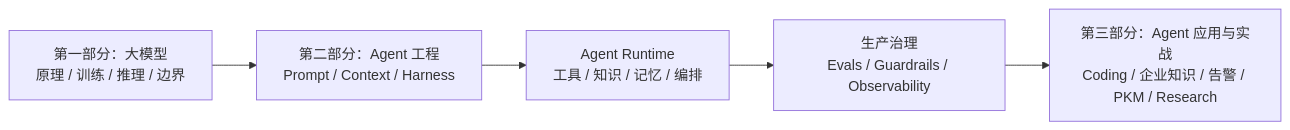
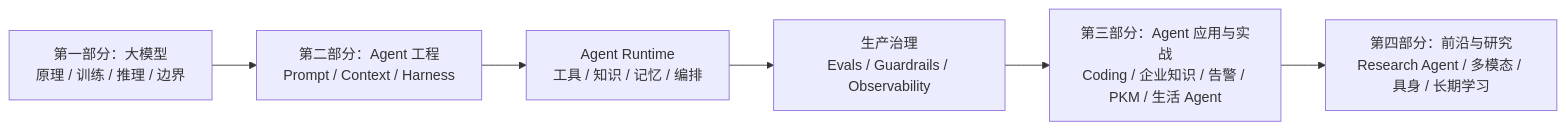
Before and after one commit to wxquare/wxquare.github.io: the diagram in books/ai-book/src/README.md, drawn with Mermaid. The commit also changed other lines of this file, not shown here.

Commit message:
docs: align book overview with four-part structure

````diff
--- a/books/ai-book/src/README.md
+++ b/books/ai-book/src/README.md
@@ -11,7 +11,8 @@
 ```mermaid
 flowchart LR
     A["第一部分：大模型<br/>原理 / 训练 / 推理 / 边界"] --> B["第二部分：Agent 工程<br/>Prompt / Context / Harness"]
     B --> C["Agent Runtime<br/>工具 / 知识 / 记忆 / 编排"]
     C --> D["生产治理<br/>Evals / Guardrails / Observability"]
-    D --> E["第三部分：Agent 应用与实战<br/>Coding / 企业知识 / 告警 / PKM / Research"]
+    D --> E["第三部分：Agent 应用与实战<br/>Coding / 企业知识 / 告警 / PKM / 生活 Agent"]
+    E --> F["第四部分：前沿与研究<br/>Research Agent / 多模态 / 具身 / 长期学习"]
 ```
````
